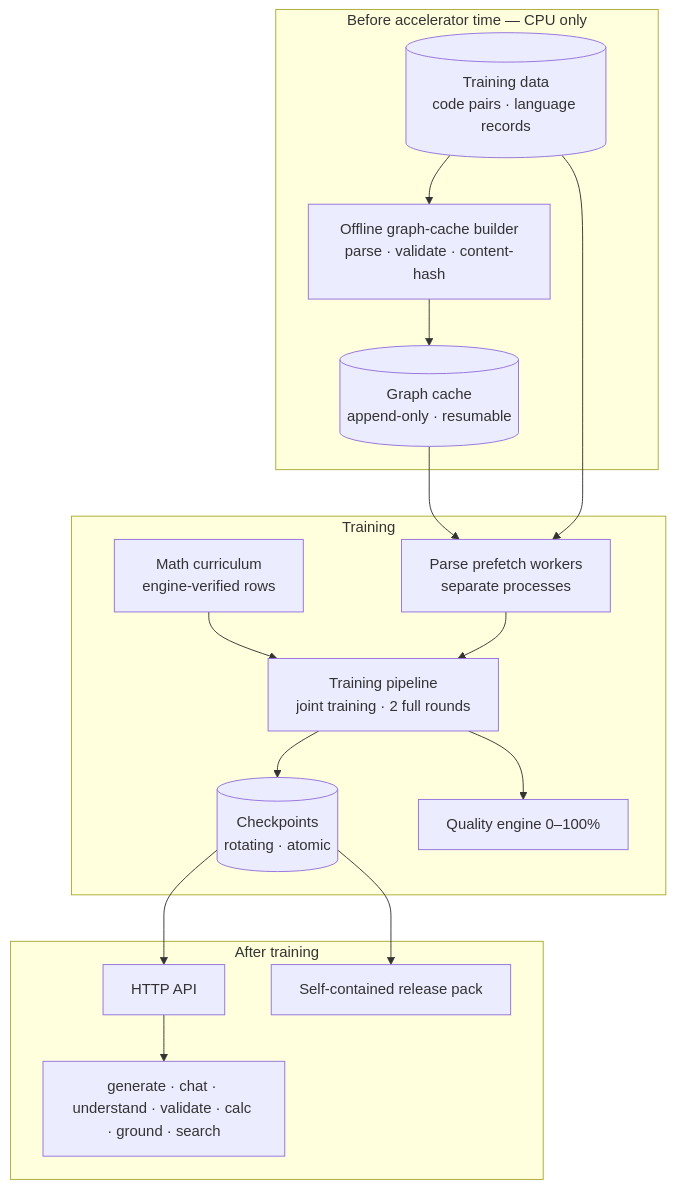
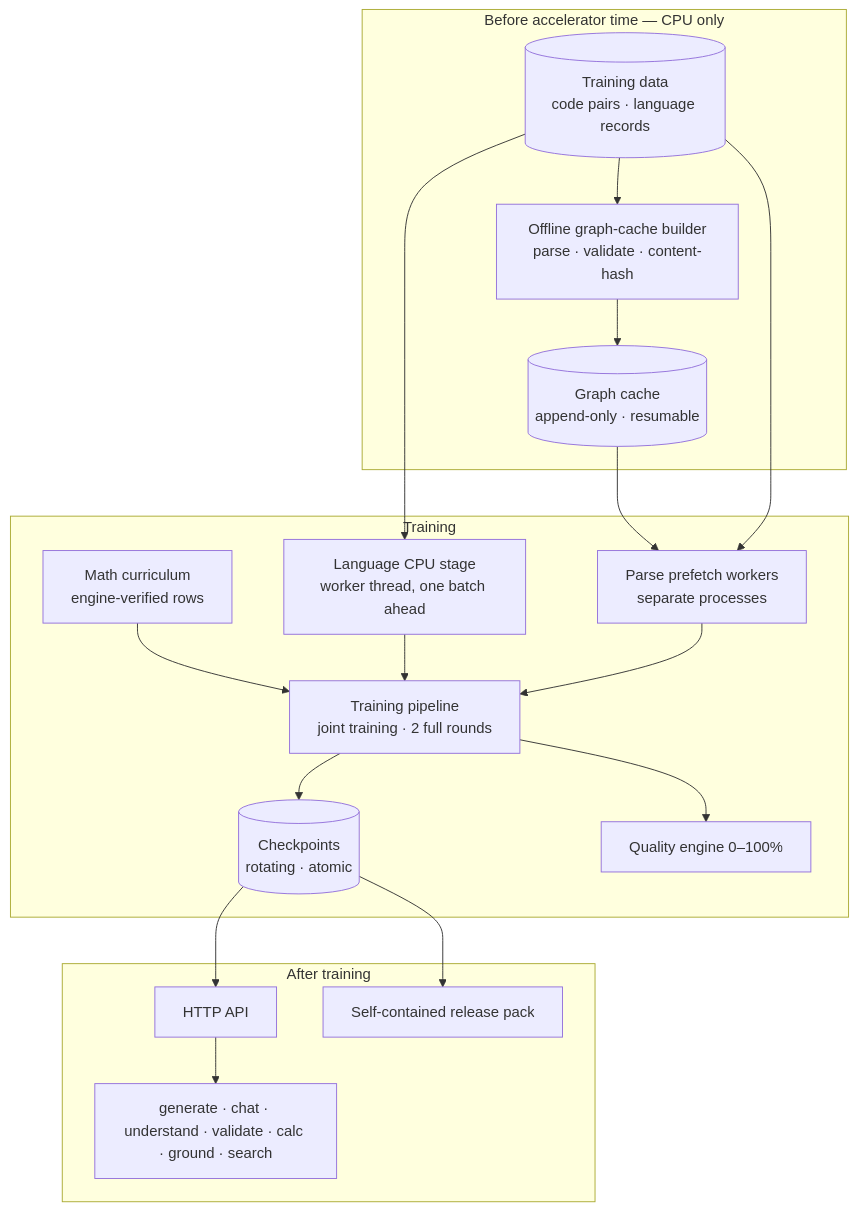
Before and after one commit to ATECTechnologies/Graph-Language-Assistant: the first of 5 diagrams in README.md, drawn with Mermaid. The commit also changed other lines of this file, not shown here.

````diff
--- a/README.md
+++ b/README.md
@@ -102,20 +104,22 @@
 ```mermaid
 flowchart TB
     subgraph PREP[Before accelerator time — CPU only]
       D[(Training data<br/>code pairs · language records)] --> BGC[Offline graph-cache builder<br/>parse · validate · content-hash]
       BGC --> GC[(Graph cache<br/>append-only · resumable)]
     end
     subgraph TRAIN[Training]
       GC --> PF[Parse prefetch workers<br/>separate processes]
       D --> PF
       MC[Math curriculum<br/>engine-verified rows] --> PIPE
+      D --> LP[Language CPU stage<br/>worker thread, one batch ahead]
+      LP --> PIPE
       PF --> PIPE[Training pipeline<br/>joint training · 2 full rounds]
       PIPE --> CK[(Checkpoints<br/>rotating · atomic)]
       PIPE --> Q[Quality engine 0–100%]
     end
     subgraph SERVE[After training]
       CK --> API[HTTP API]
       CK --> REL[Self-contained release pack]
       API --> GEN[generate · chat · understand · validate · calc · ground · search]
     end
 ```
````
